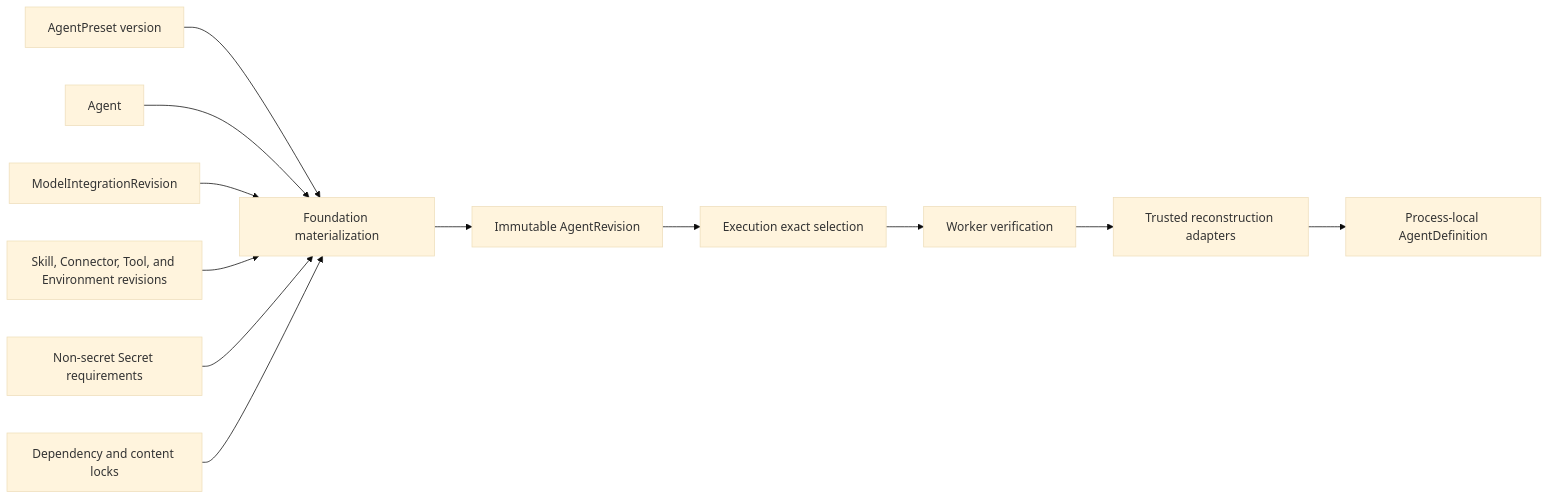
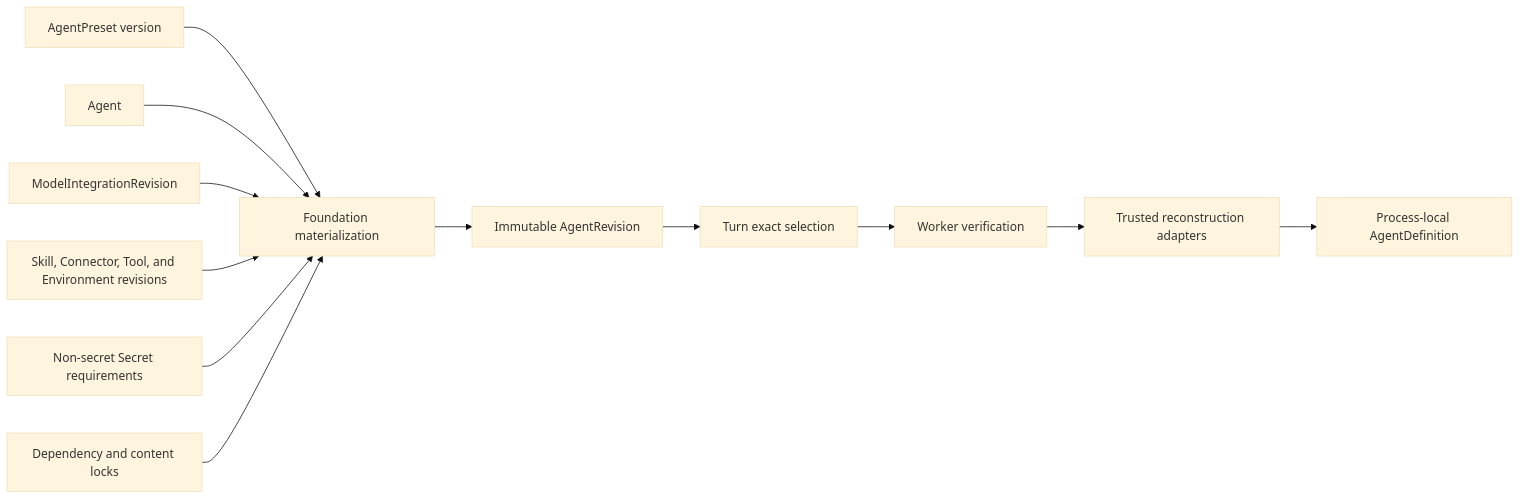
The first of 2 diagrams in spec/foundation-service/12-agent-revisions-and-reconstruction.md (converge-ai-labs/agent-foundation), drawn with Mermaid (base theme) before and after one commit. The commit also changed other lines of this file and 16 other files, not shown here.

````diff
--- a/spec/foundation-service/12-agent-revisions-and-reconstruction.md
+++ b/spec/foundation-service/12-agent-revisions-and-reconstruction.md
@@ -33,14 +33,14 @@
 ```mermaid
 flowchart LR
     Preset[AgentPreset version] --> Materialize[Foundation materialization]
     Agent[Agent] --> Materialize
     Model[ModelIntegrationRevision] --> Materialize
     Resources[Skill, Connector, Tool, and Environment revisions] --> Materialize
     Secrets[Non-secret Secret requirements] --> Materialize
     Locks[Dependency and content locks] --> Materialize
     Materialize --> Revision[Immutable AgentRevision]
-    Revision --> Execution[Execution exact selection]
-    Execution --> Verify[Worker verification]
+    Revision --> Turn[Turn exact selection]
+    Turn --> Verify[Worker verification]
     Verify --> Adapter[Trusted reconstruction adapters]
     Adapter --> Definition[Process-local AgentDefinition]
 ```
````
